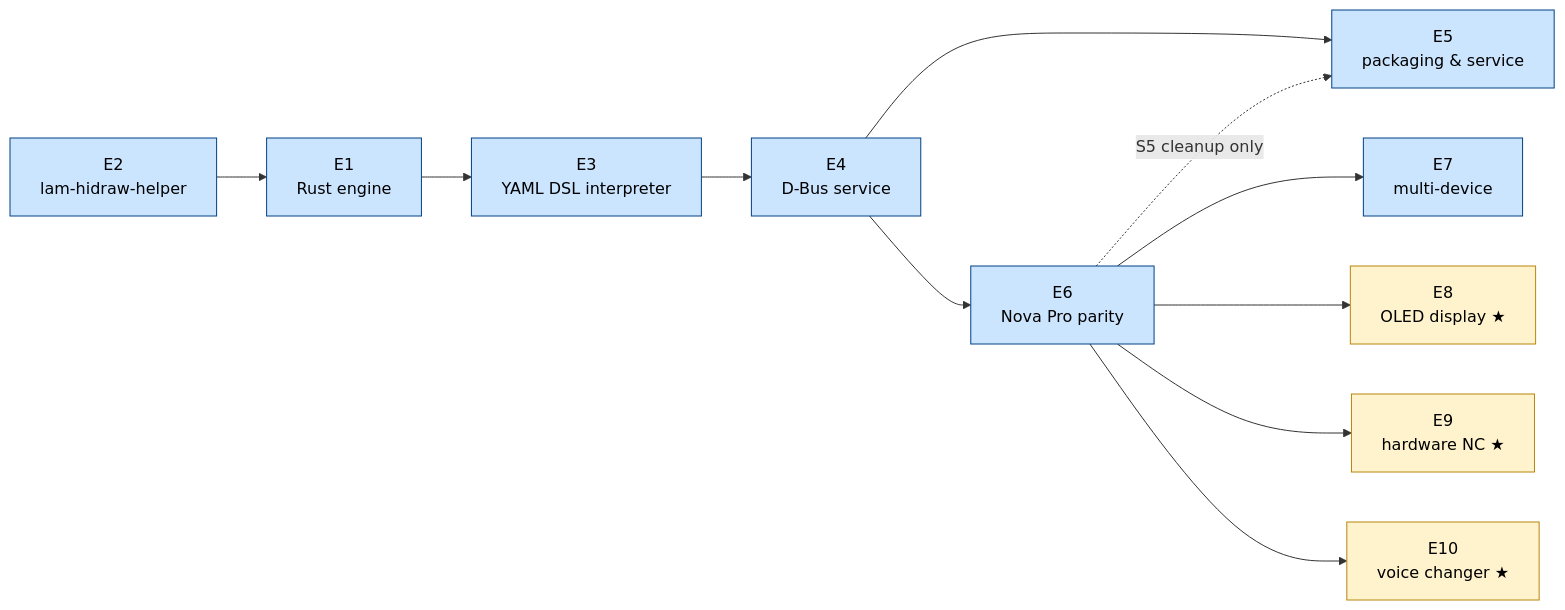
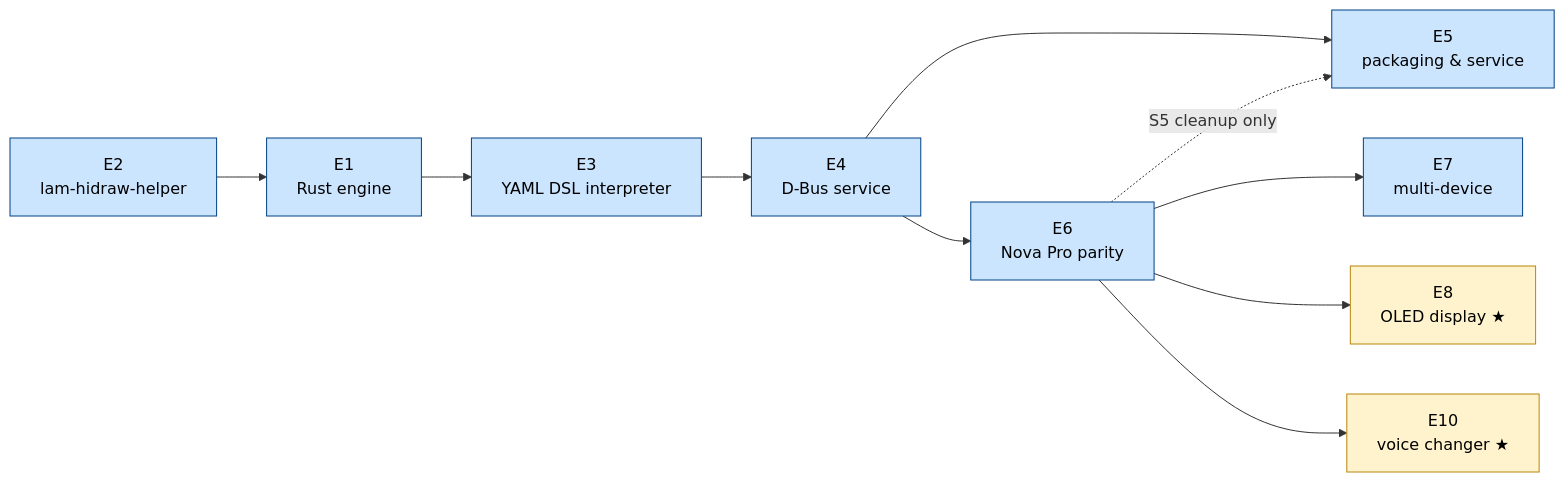
One commit to elegos/Linux-Arctis-Manager changed the diagram in docs/v3-backlog.md. Above: the diagram before and after it, drawn with Mermaid. The commit also changed other lines of this file, not shown here.

````diff
--- a/docs/v3-backlog.md
+++ b/docs/v3-backlog.md
@@ -124,29 +121,27 @@
 ```mermaid
 flowchart LR
     classDef core  fill:#cce5ff,stroke:#004085,color:#000
     classDef stretch fill:#fff3cd,stroke:#b8860b,color:#000
 
     E2["E2\nlam-hidraw-helper"]
     E1["E1\nRust engine"]
     E3["E3\nYAML DSL interpreter"]
     E4["E4\nD-Bus service"]
     E5["E5\npackaging & service"]
     E6["E6\nNova Pro parity"]
     E7["E7\nmulti-device"]
     E8["E8\nOLED display ★"]:::stretch
-    E9["E9\nhardware NC ★"]:::stretch
     E10["E10\nvoice changer ★"]:::stretch
 
     E2 --> E1
     E1 --> E3
     E3 --> E4
     E4 --> E5
     E4 --> E6
     E6 -.->|"S5 cleanup only"| E5
     E6 --> E7
     E6 --> E8
-    E6 --> E9
     E6 --> E10
 
     class E1,E2,E3,E4,E5,E6,E7 core
 ```
````
